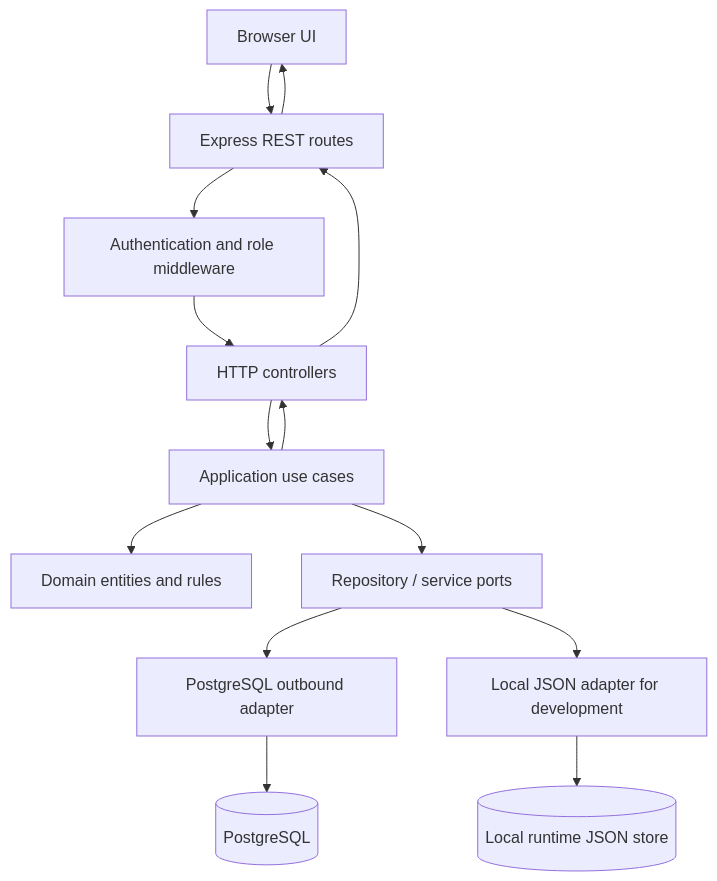
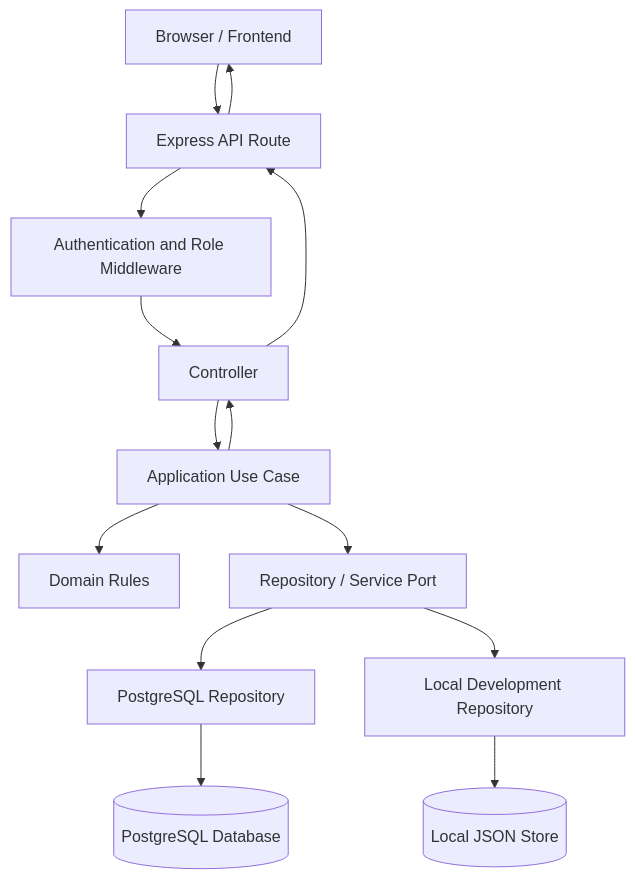
The diagram in docs/PROJECT-ARCHITECTURE.md (zneraul/FaCICuSe-CICS-Facility-Tracker), drawn with Mermaid before and after one commit. The commit also changed other lines of this file and 156 other files, not shown here.

````diff
--- a/docs/PROJECT-ARCHITECTURE.md
+++ b/docs/PROJECT-ARCHITECTURE.md
@@ -21,16 +35,16 @@
 ```mermaid
 flowchart TD
-  UI[Browser UI] --> HTTP[Express REST routes]
-  HTTP --> AUTH[Authentication and role middleware]
-  AUTH --> CTRL[HTTP controllers]
-  CTRL --> UC[Application use cases]
-  UC --> DOMAIN[Domain entities and rules]
-  UC --> PORTS[Repository / service ports]
-  PORTS --> PG[PostgreSQL outbound adapter]
-  PORTS --> LOCAL[Local JSON adapter for development]
-  PG --> DB[(PostgreSQL)]
-  LOCAL --> JSON[(Local runtime JSON store)]
+  BROWSER[Browser / Frontend] --> API[Express API Route]
+  API --> AUTH[Authentication and Role Middleware]
+  AUTH --> CTRL[Controller]
+  CTRL --> UC[Application Use Case]
+  UC --> DOMAIN[Domain Rules]
+  UC --> PORT[Repository / Service Port]
+  PORT --> PG[PostgreSQL Repository]
+  PORT --> LOCAL[Local Development Repository]
+  PG --> DB[(PostgreSQL Database)]
+  LOCAL --> JSON[(Local JSON Store)]
   UC --> CTRL
-  CTRL --> HTTP
-  HTTP --> UI
+  CTRL --> API
+  API --> BROWSER
 ```
````
